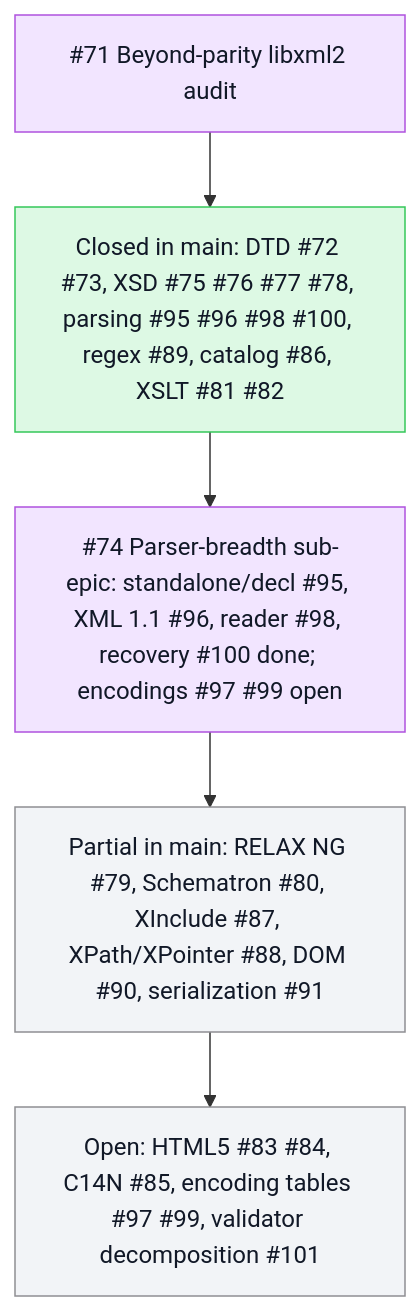
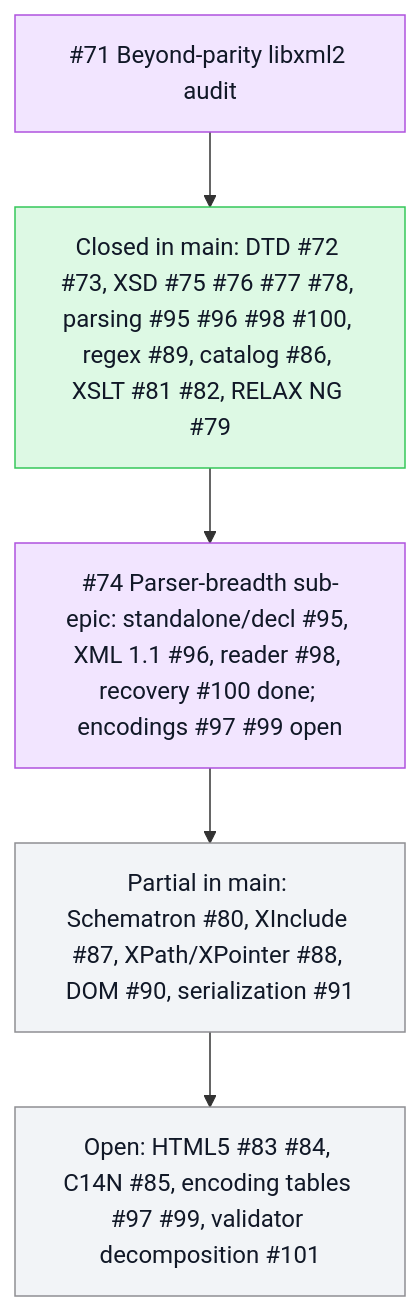
Before and after one commit to mihaelamj/PureXML: the second of 2 diagrams in README.md, drawn with Mermaid.

Commit message:
docs: move closed RELAX NG #79 to done in roadmap

````diff
--- a/README.md
+++ b/README.md
@@ -73,16 +73,16 @@
 ```mermaid
 flowchart TB
   classDef done fill:#ddf9e4,stroke:#34c759,color:#111827
   classDef review fill:#fff7d6,stroke:#ffcc00,color:#111827
   classDef epic fill:#f2e5ff,stroke:#af52de,color:#111827
   classDef todo fill:#f2f4f7,stroke:#8e8e93,color:#111827
   Epic71["#71 Beyond-parity libxml2 audit"]:::epic
-  AuditDone["Closed in main: DTD #72 #73, XSD #75 #76 #77 #78, parsing #95 #96 #98 #100, regex #89, catalog #86, XSLT #81 #82"]:::done
+  AuditDone["Closed in main: DTD #72 #73, XSD #75 #76 #77 #78, parsing #95 #96 #98 #100, regex #89, catalog #86, XSLT #81 #82, RELAX NG #79"]:::done
   Epic74["#74 Parser-breadth sub-epic: standalone/decl #95, XML 1.1 #96, reader #98, recovery #100 done; encodings #97 #99 open"]:::epic
-  Partial["Partial in main: RELAX NG #79, Schematron #80, XInclude #87, XPath/XPointer #88, DOM #90, serialization #91"]:::todo
+  Partial["Partial in main: Schematron #80, XInclude #87, XPath/XPointer #88, DOM #90, serialization #91"]:::todo
   Open["Open: HTML5 #83 #84, C14N #85, encoding tables #97 #99, validator decomposition #101"]:::todo
   Epic71 --> AuditDone
   AuditDone --> Epic74
   Epic74 --> Partial
   Partial --> Open
 ```
````
